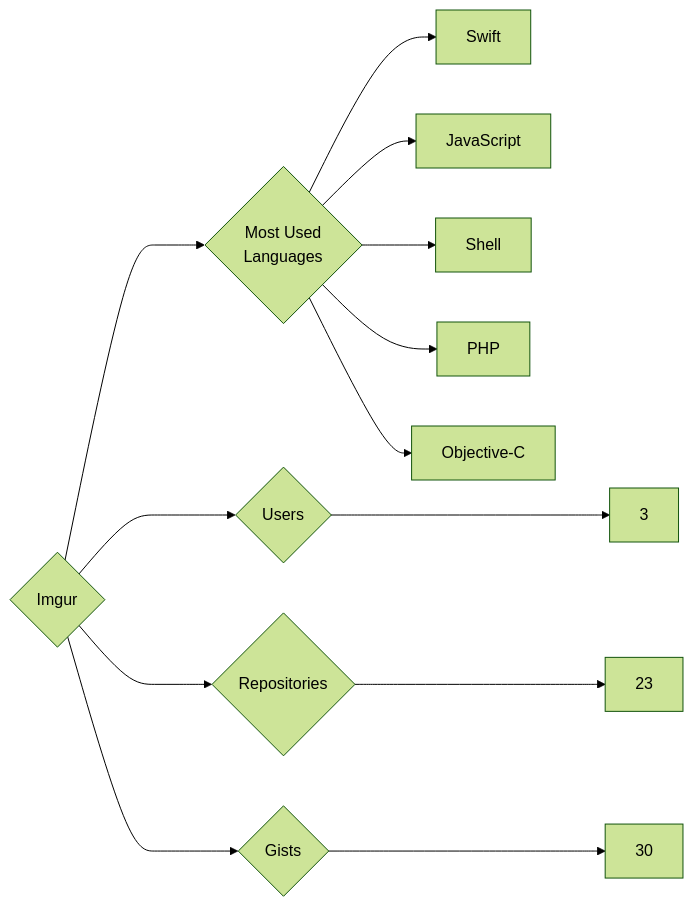
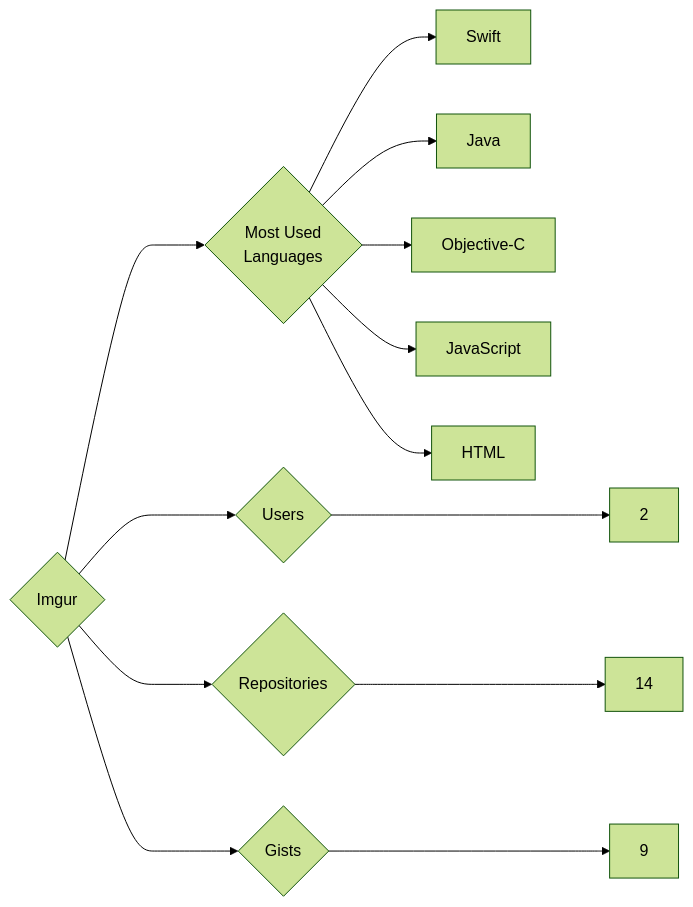
The diagram in targets/Imgur/README.md (trickest/insiders), drawn with Mermaid (forest theme) before and after one commit. The commit also changed 932 other files, not shown here.

````diff
--- a/targets/Imgur/README.md
+++ b/targets/Imgur/README.md
@@ -3,13 +3,13 @@
 ```mermaid
 graph LR
 COMPANY_NAME{Imgur}
-COMPANY_NAME ---> U{Users} ---> UN[3]
-COMPANY_NAME ---> R{Repositories} ---> RN[23]
-COMPANY_NAME ---> G{Gists} ---> GN[30]
+COMPANY_NAME ---> U{Users} ---> UN[2]
+COMPANY_NAME ---> R{Repositories} ---> RN[14]
+COMPANY_NAME ---> G{Gists} ---> GN[9]
 COMPANY_NAME ---> ML{Most Used<br>Languages}
 ML --> Swift[Swift]
+ML --> Java[Java]
+ML --> Objective-C[Objective-C]
 ML --> JavaScript[JavaScript]
-ML --> Shell[Shell]
-ML --> PHP[PHP]
-ML --> Objective-C[Objective-C]
+ML --> HTML[HTML]
 ```
````
